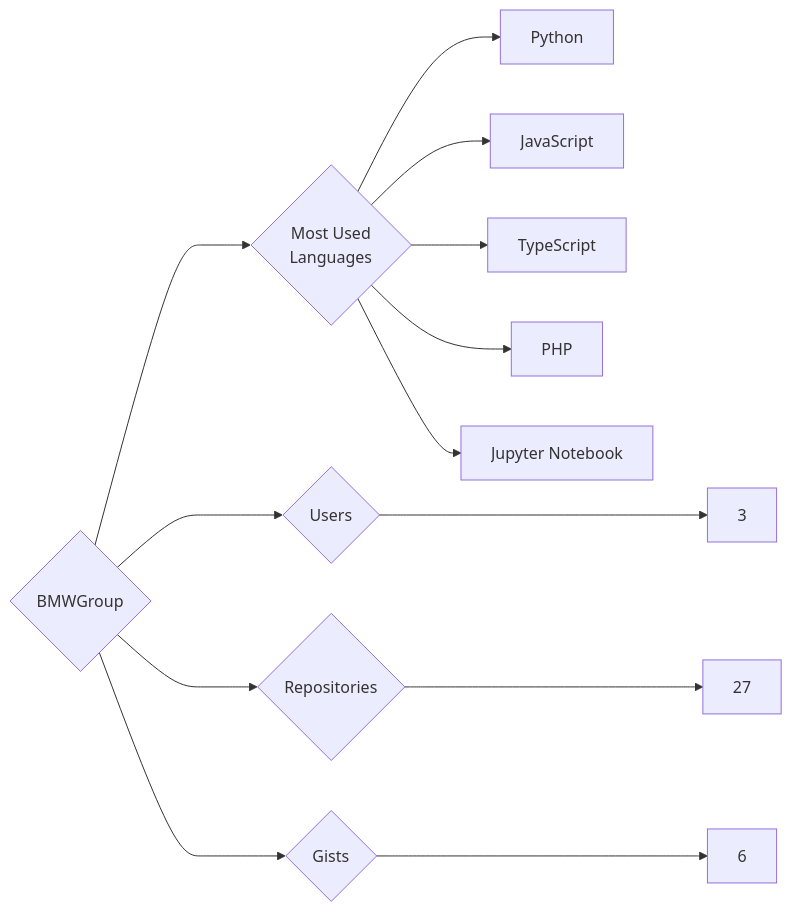
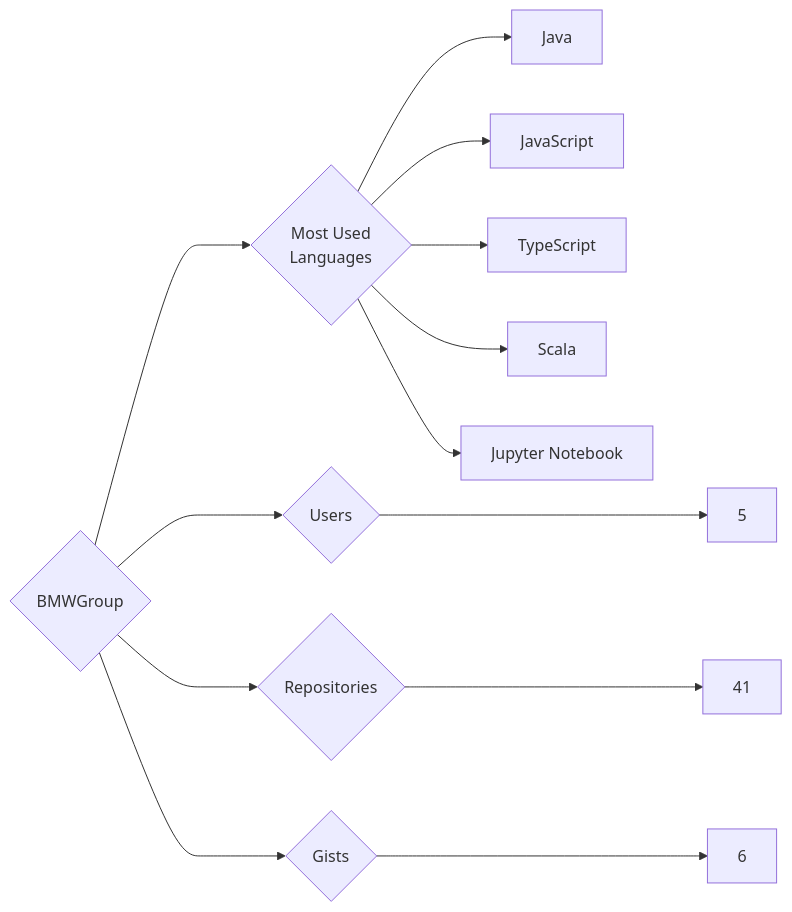
The diagram in targets/BMWGroup/README.md (trickest/insiders), drawn with Mermaid before and after one commit. The commit also changed 783 other files, not shown here.

````diff
--- a/targets/BMWGroup/README.md
+++ b/targets/BMWGroup/README.md
@@ -3,13 +3,13 @@
 ```mermaid
 graph LR
 COMPANY_NAME{BMWGroup}
-COMPANY_NAME ---> U{Users} ---> UN[3]
-COMPANY_NAME ---> R{Repositories} ---> RN[27]
+COMPANY_NAME ---> U{Users} ---> UN[5]
+COMPANY_NAME ---> R{Repositories} ---> RN[41]
 COMPANY_NAME ---> G{Gists} ---> GN[6]
 COMPANY_NAME ---> ML{Most Used<br>Languages}
-ML --> Python[Python]
+ML --> Java[Java]
 ML --> JavaScript[JavaScript]
 ML --> TypeScript[TypeScript]
-ML --> PHP[PHP]
+ML --> Scala[Scala]
 ML --> Jupyter_Notebook[Jupyter Notebook]
 ```
````
